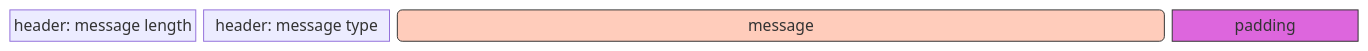
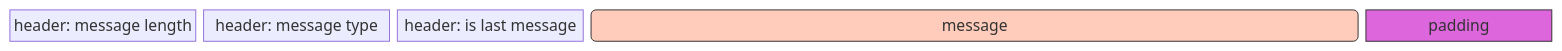
The diagram in README.md (gc-garcol/cafe-ringbuffer), drawn with Mermaid before and after one commit. The commit also changed 4 other files, not shown here.

Commit message:
fix/OneToManyRingBuffer: clear message by last consumer

````diff
--- a/README.md
+++ b/README.md
@@ -19,9 +19,10 @@
 ```mermaid
 block-beta
     1["header: message length"]:1
     2["header: message type"]:1
-    3("message"):4
-    4["padding"]:1
-style 3 fill:#fcb,stroke:#333,color:#fff
-style 4 fill:#d6d,stroke:#333
+    3["header: is last message"]:1
+    4("message"):4
+    5["padding"]:1
+style 4 fill:#fcb,stroke:#333,color:#fff
+style 5 fill:#d6d,stroke:#333
 ```
````
